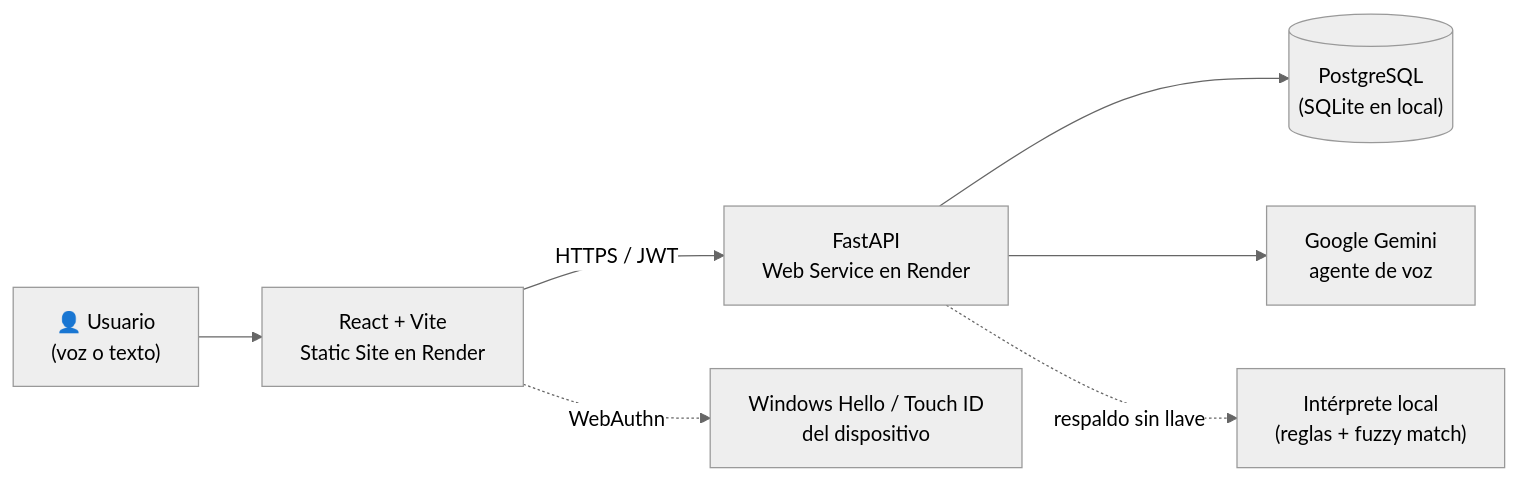
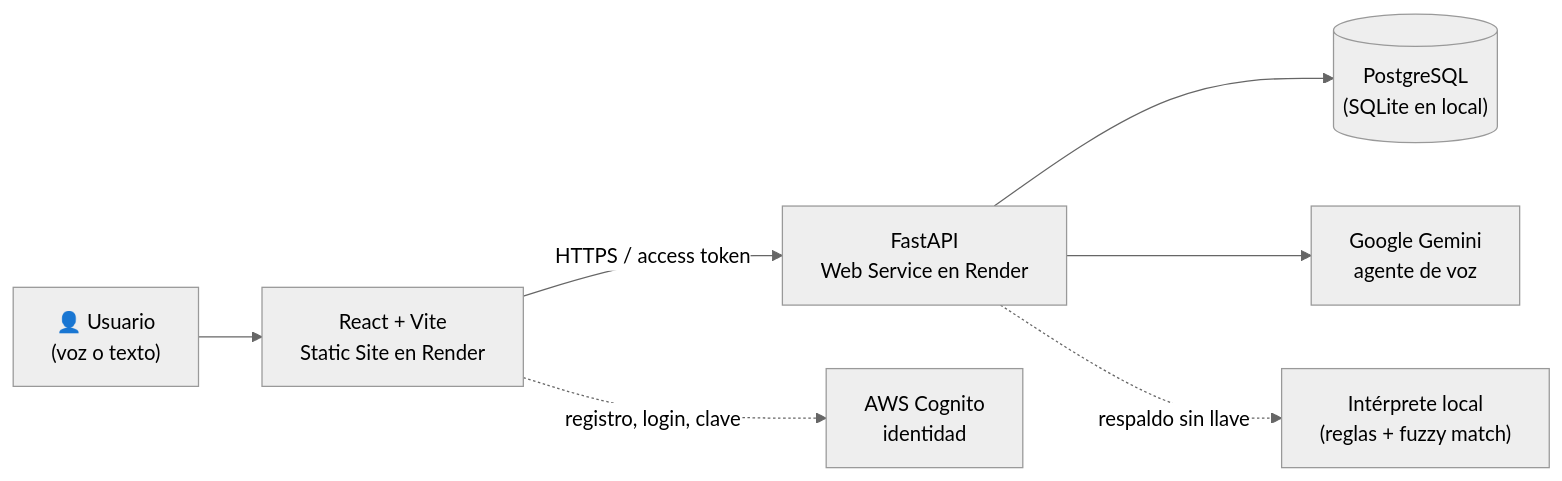
The diagram in README.md (lnieto044/cuentavoz), drawn with Mermaid (neutral theme) before and after one commit. The commit also changed other lines of this file and 31 other files, not shown here.

First line of the commit message:
Reemplaza la identidad propia por AWS Cognito, con registro, recuperar clave y verificacion en dos pasos opcional

````diff
--- a/README.md
+++ b/README.md
@@ -389,9 +387,9 @@
 ```mermaid
 flowchart LR
     U["👤 Usuario<br/>(voz o texto)"] --> FE["React + Vite<br/>Static Site en Render"]
-    FE -- "HTTPS / JWT" --> API["FastAPI<br/>Web Service en Render"]
-    FE -. WebAuthn .-> BIO["Windows Hello / Touch ID<br/>del dispositivo"]
+    FE -- "HTTPS / access token" --> API["FastAPI<br/>Web Service en Render"]
+    FE -. "registro, login, clave" .-> COGNITO["AWS Cognito<br/>identidad"]
     API --> DB[("PostgreSQL<br/>(SQLite en local)")]
     API --> GEMINI["Google Gemini<br/>agente de voz"]
     API -. "respaldo sin llave" .-> INTERPRETE["Intérprete local<br/>(reglas + fuzzy match)"]
 ```
````
